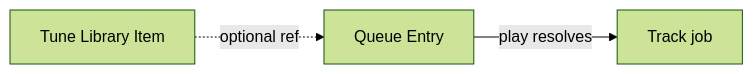
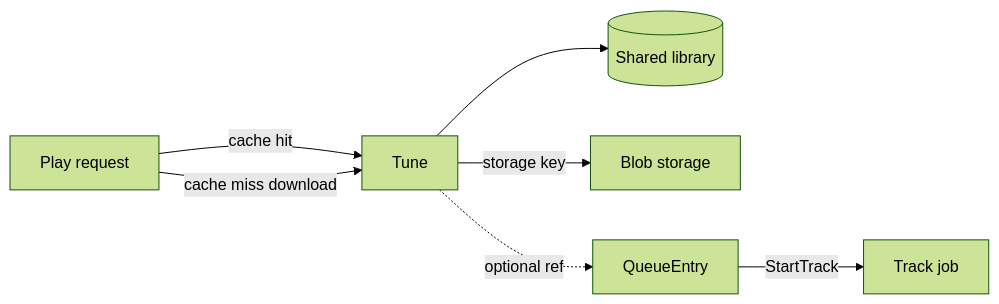
One commit to Bardie-radio/bardie-kithara changed the diagram in docs/architecture/domains/library-and-tunes.md. Above: the diagram before and after it, drawn with Mermaid (forest theme). The commit also changed other lines of this file and 35 other files, not shown here.

````diff
--- a/docs/architecture/domains/library-and-tunes.md
+++ b/docs/architecture/domains/library-and-tunes.md
@@ -3,8 +5,15 @@
 ```mermaid
 flowchart LR
-  Tune[Tune Library Item]
-  Queue[Queue Entry]
+  Play[Play request]
+  Lib[(Shared library)]
+  Tune[Tune]
+  Store[Blob storage]
+  Queue[QueueEntry]
   Job[Track job]
+  Play -->|cache hit| Tune
+  Play -->|cache miss download| Tune
+  Tune -->|storage key| Store
+  Tune --> Lib
   Tune -.->|optional ref| Queue
-  Queue -->|play resolves| Job
+  Queue -->|StartTrack| Job
 ```
````
